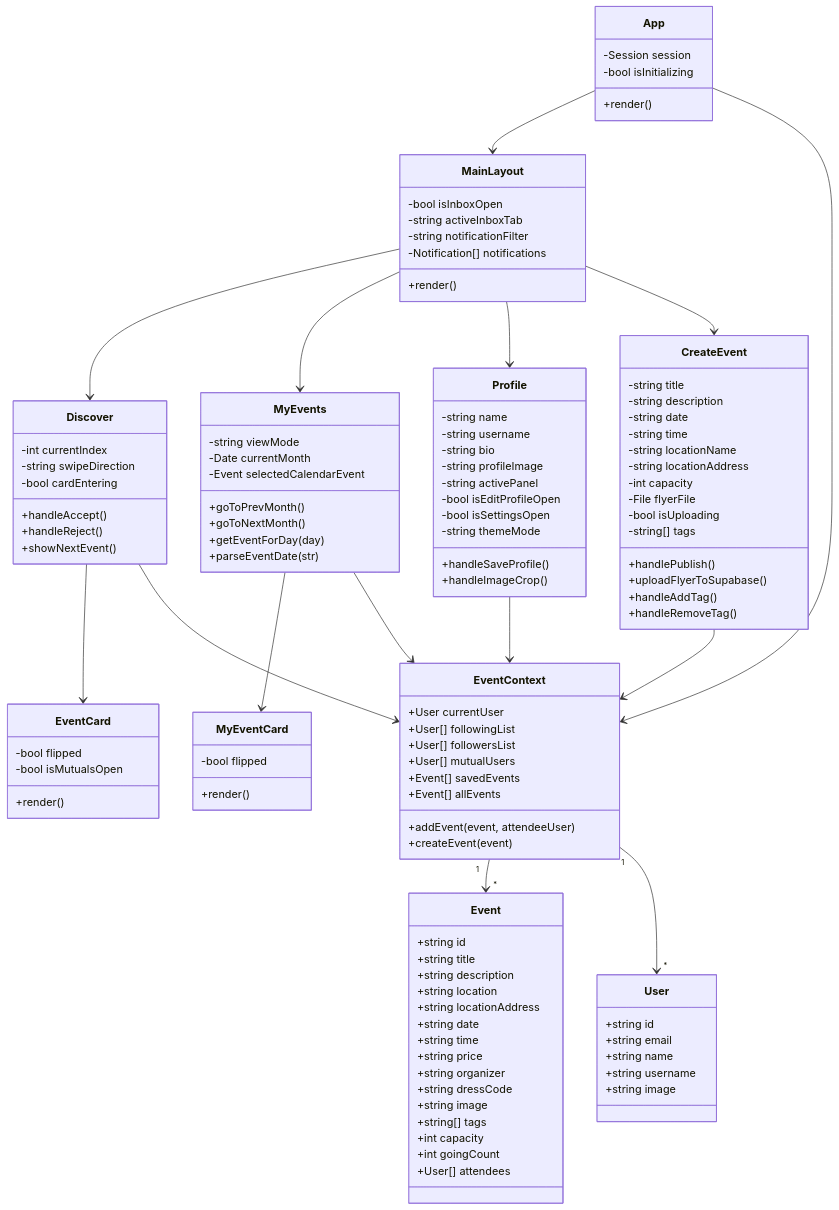
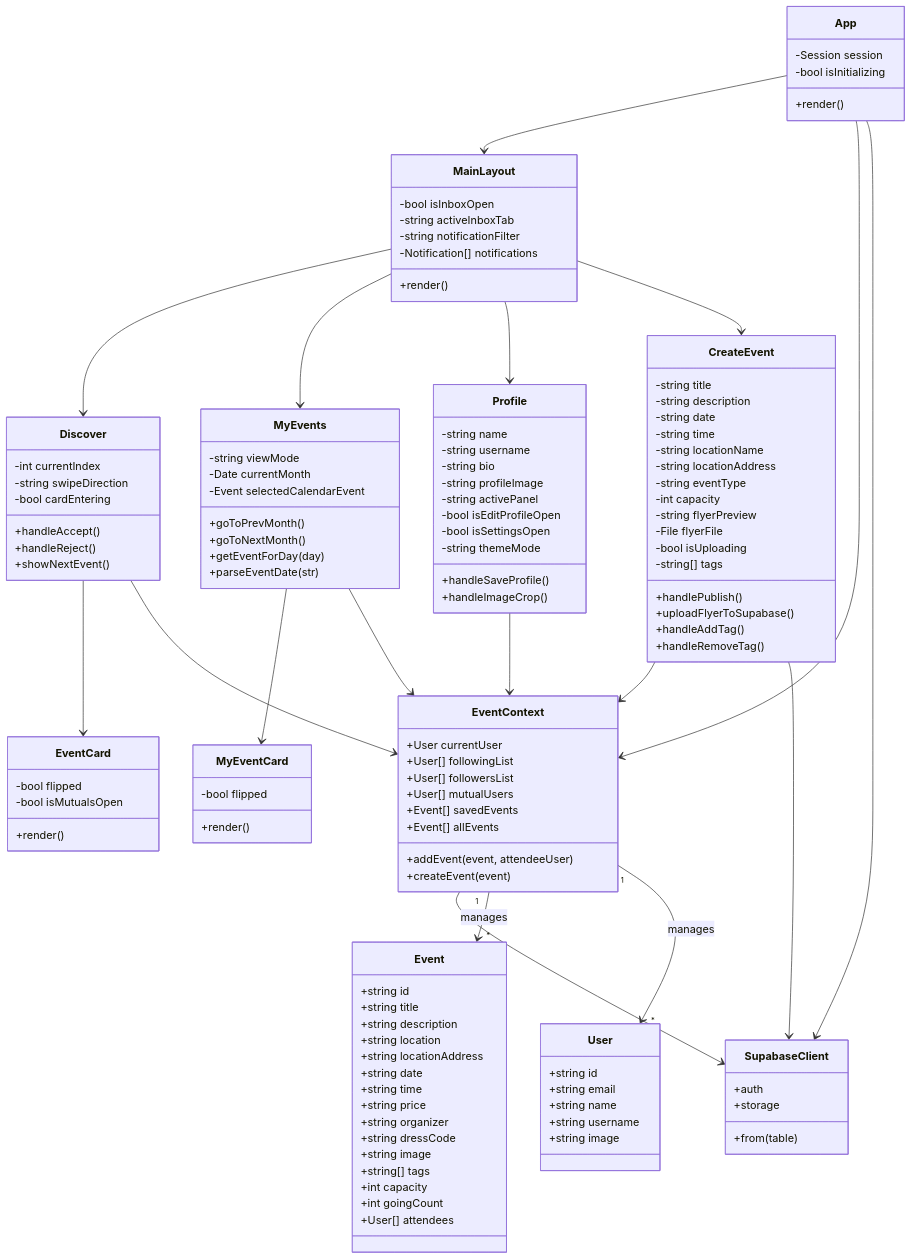
Before and after one commit to Aalbana20/campus-event-navigation: the fifth of 6 diagrams in docs/architecture/uml-diagrams.md, drawn with Mermaid. The commit also changed other lines of this file, not shown here.

Commit message:
Remove unused backend, add UML architecture diagrams

````diff
--- a/docs/architecture/uml-diagrams.md
+++ b/docs/architecture/uml-diagrams.md
@@ -261,7 +256,9 @@
         -string time
         -string locationName
         -string locationAddress
+        -string eventType
         -int capacity
+        -string flyerPreview
         -File flyerFile
         -bool isUploading
         -string[] tags
@@ -281,6 +278,28 @@
         -bool flipped
         +render()
     }
+
+    class SupabaseClient {
+        +auth
+        +from(table)
+        +storage
+    }
+
+    App --> MainLayout
+    MainLayout --> Discover
+    MainLayout --> MyEvents
+    MainLayout --> Profile
+    MainLayout --> CreateEvent
+    Discover --> EventCard
+    MyEvents --> MyEventCard
+    Discover --> EventContext
+    MyEvents --> EventContext
+    Profile --> EventContext
+    CreateEvent --> EventContext
+    App --> EventContext
+    EventContext --> SupabaseClient
+    CreateEvent --> SupabaseClient
+    App --> SupabaseClient
 
     class Event {
         +string id
@@ -308,18 +327,6 @@
         +string image
     }
 
-    App --> MainLayout
-    App --> EventContext
-    MainLayout --> Discover
-    MainLayout --> MyEvents
-    MainLayout --> Profile
-    MainLayout --> CreateEvent
-    Discover --> EventCard
-    MyEvents --> MyEventCard
-    Discover --> EventContext
-    MyEvents --> EventContext
-    Profile --> EventContext
-    CreateEvent --> EventContext
-    EventContext "1" --> "*" Event
-    EventContext "1" --> "*" User
+    EventContext "1" --> "*" Event : manages
+    EventContext "1" --> "*" User : manages
 ```
````
